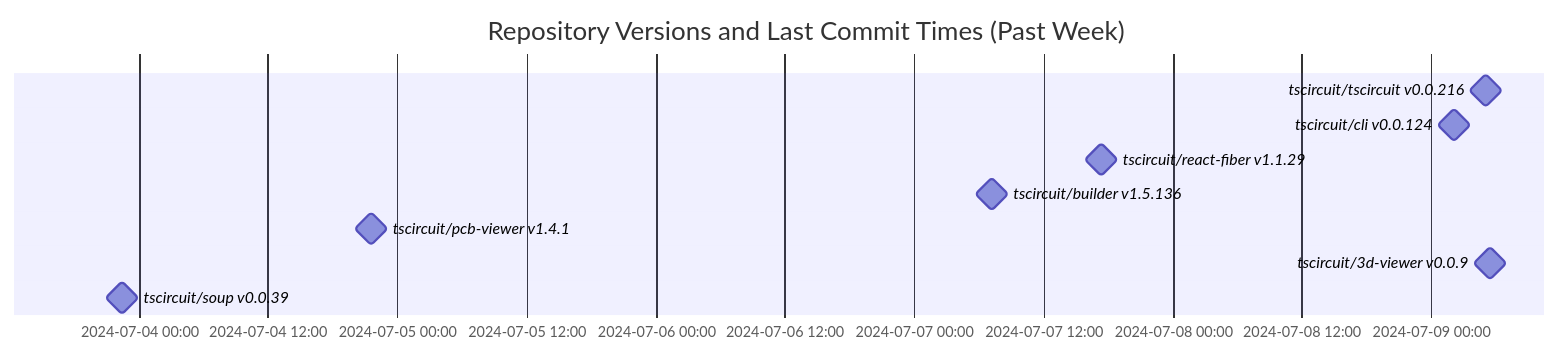
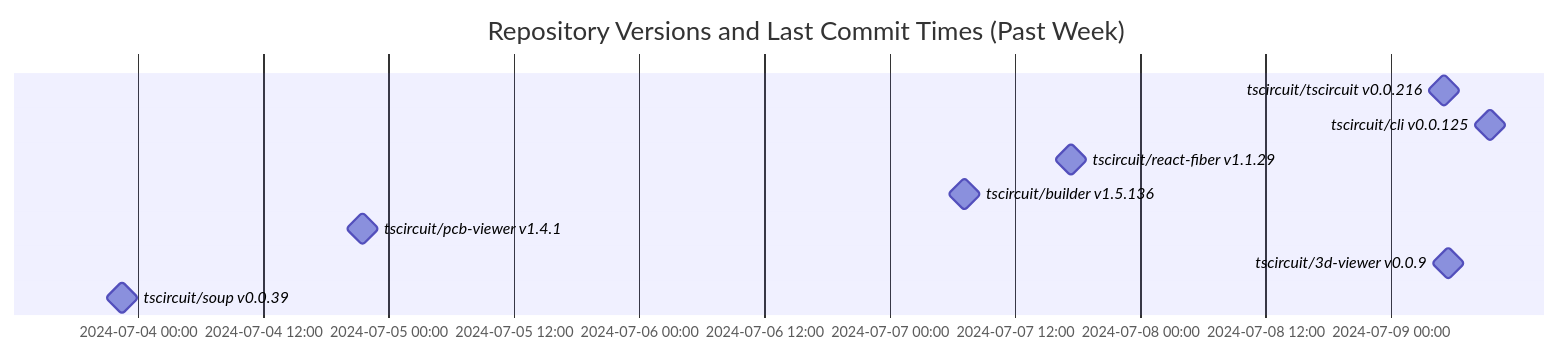
Before and after one commit to tscircuit/version-tracker: the diagram in README.md, drawn with Mermaid.

Commit message:
Update chart

````diff
--- a/README.md
+++ b/README.md
@@ -1,14 +1,14 @@
 ```mermaid
 gantt
   dateFormat  YYYY-MM-DD HH:mm:ss
   title Repository Versions and Last Commit Times (Past Week)
   axisFormat %Y-%m-%d %H:%M
 
   tscircuit/tscircuit v0.0.216 : milestone, 2024-07-09 05:04:56, 1s
-  tscircuit/cli v0.0.124 : milestone, 2024-07-09 02:09:39, 1s
+  tscircuit/cli v0.0.125 : milestone, 2024-07-09 09:30:59, 1s
   tscircuit/react-fiber v1.1.29 : milestone, 2024-07-07 17:23:26, 1s
   tscircuit/builder v1.5.136 : milestone, 2024-07-07 07:13:19, 1s
   tscircuit/pcb-viewer v1.4.1 : milestone, 2024-07-04 21:31:51, 1s
   tscircuit/3d-viewer v0.0.9 : milestone, 2024-07-09 05:28:08, 1s
   tscircuit/soup v0.0.39 : milestone, 2024-07-03 22:27:43, 1s
 ```
````
